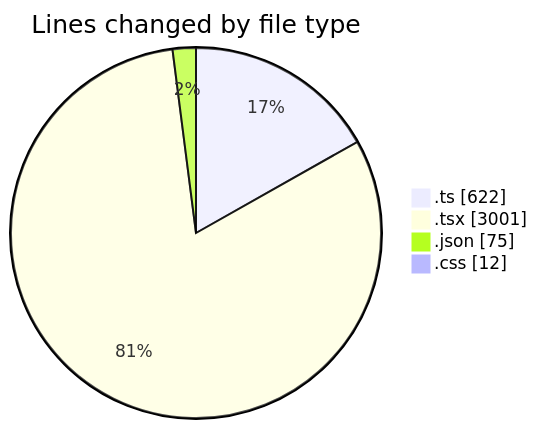
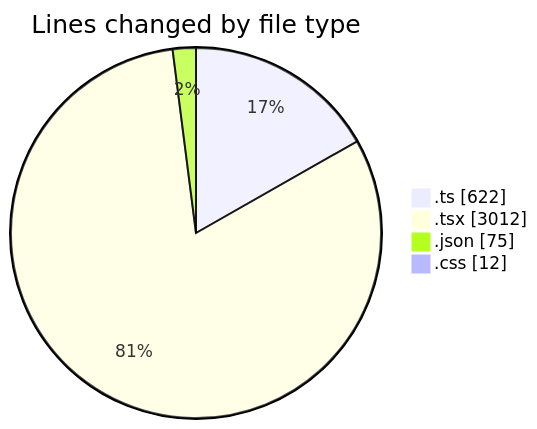
The first of 2 diagrams in 2025-01-27/termonied-web/README.md (robertbonfada/code-tracking), drawn with Mermaid before and after one commit. The commit also changed other lines of this file and 1 other file, not shown here.

````diff
--- a/2025-01-27/termonied-web/README.md
+++ b/2025-01-27/termonied-web/README.md
@@ -33,8 +33,8 @@
 ```mermaid
 pie showData
 title Lines changed by file type
 ".ts" : 622
-".tsx" : 3001
+".tsx" : 3012
 ".json" : 75
 ".css" : 12
 ```
````
